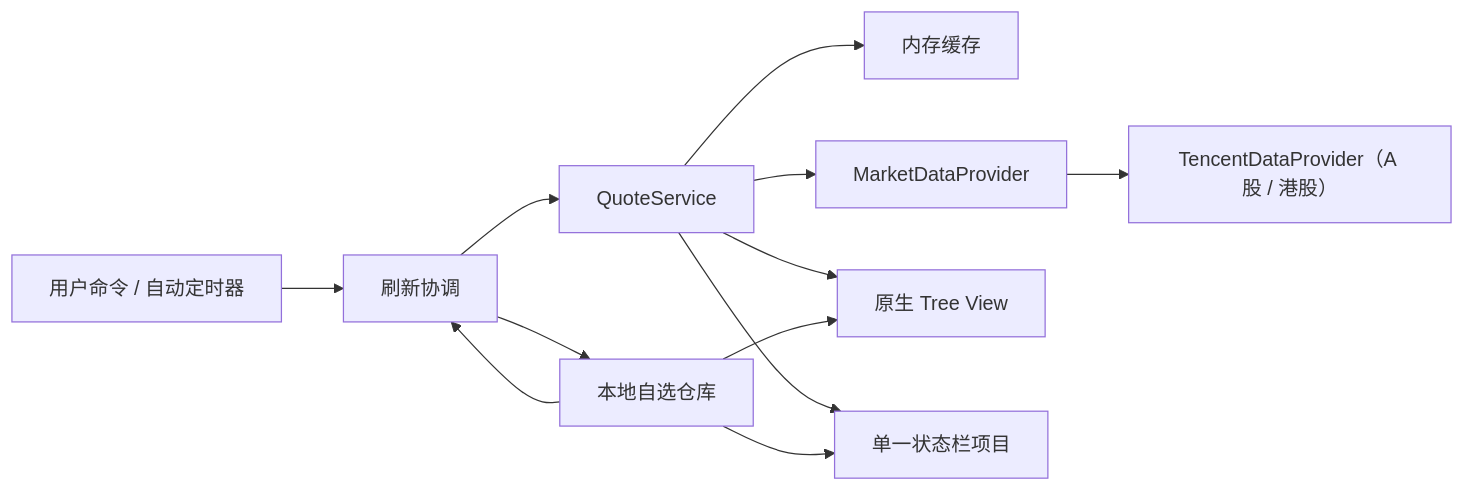
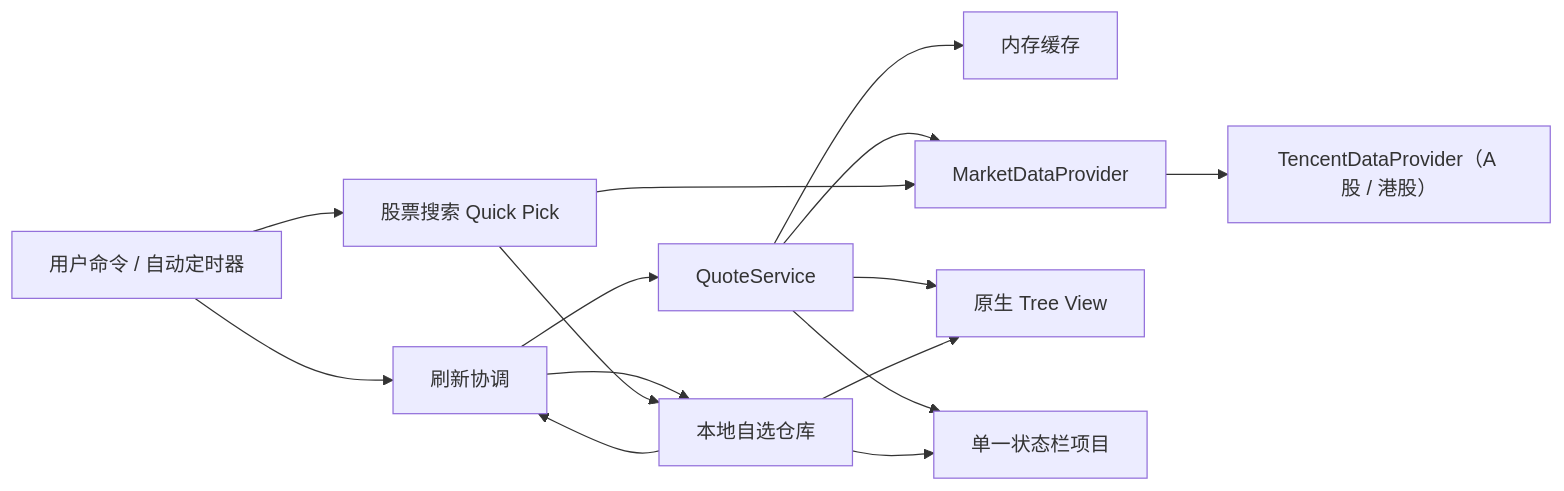
One commit to JSbiu/FishStock changed the diagram in docs/architecture.md. Above: the diagram before and after it, drawn with Mermaid. The commit also changed other lines of this file and 10 other files, not shown here.

````diff
--- a/docs/architecture.md
+++ b/docs/architecture.md
@@ -22,14 +33,17 @@
 ```mermaid
 flowchart LR
     U["用户命令 / 自动定时器"] --> R["刷新协调"]
     R --> W["本地自选仓库"]
     W --> R
     R --> Q["QuoteService"]
     Q --> C["内存缓存"]
     Q --> P["MarketDataProvider"]
     P --> M["TencentDataProvider（A 股 / 港股）"]
+    U --> A["股票搜索 Quick Pick"]
+    A --> P
+    A --> W
     Q --> T["原生 Tree View"]
     Q --> S["单一状态栏项目"]
     W --> T
     W --> S
 ```
````
